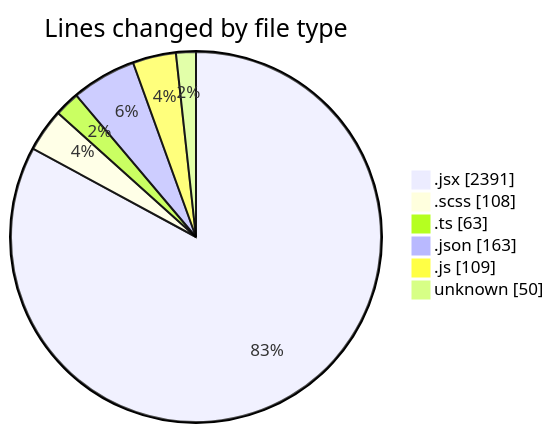
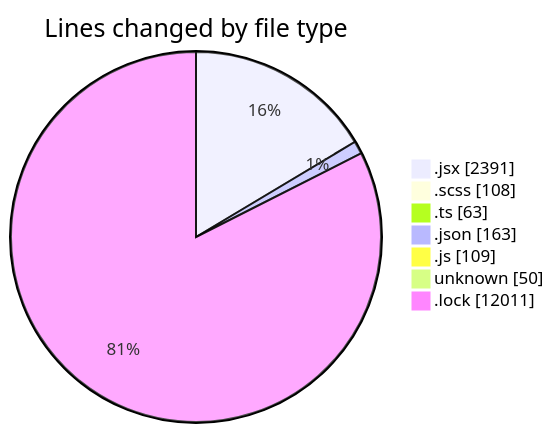
The first of 2 diagrams in 2026-09-01/cda/README.md (momahboobian/code-tracking), drawn with Mermaid before and after one commit. The commit also changed other lines of this file and 1 other file, not shown here.

````diff
--- a/2026-09-01/cda/README.md
+++ b/2026-09-01/cda/README.md
@@ -53,10 +54,11 @@
 ```mermaid
 pie showData
 title Lines changed by file type
 ".jsx" : 2391
 ".scss" : 108
 ".ts" : 63
 ".json" : 163
 ".js" : 109
 "unknown" : 50
+".lock" : 12011
 ```
````
